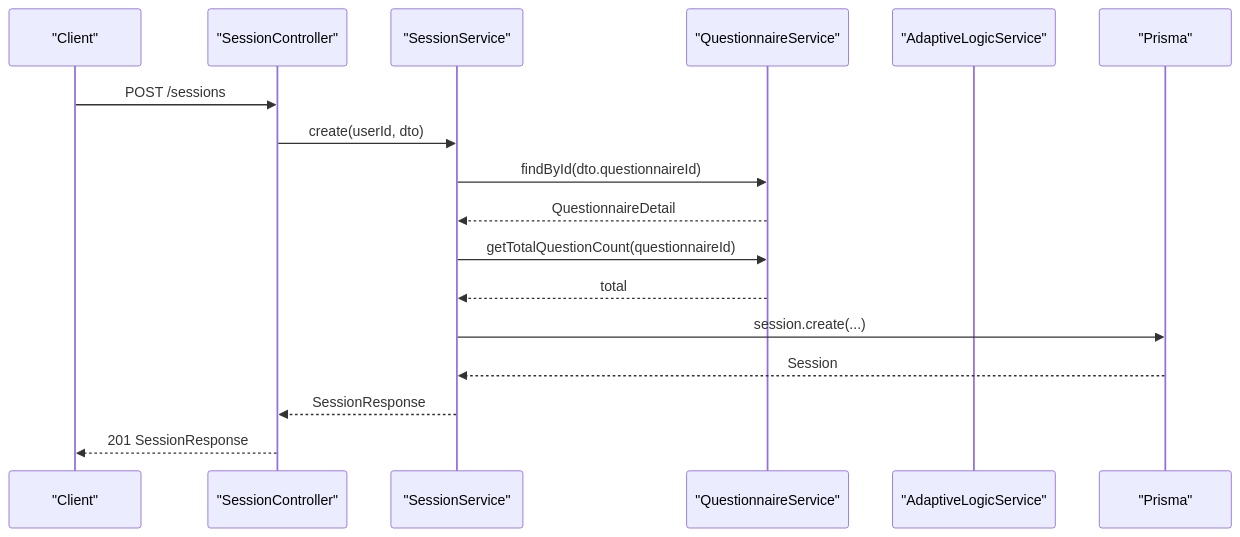
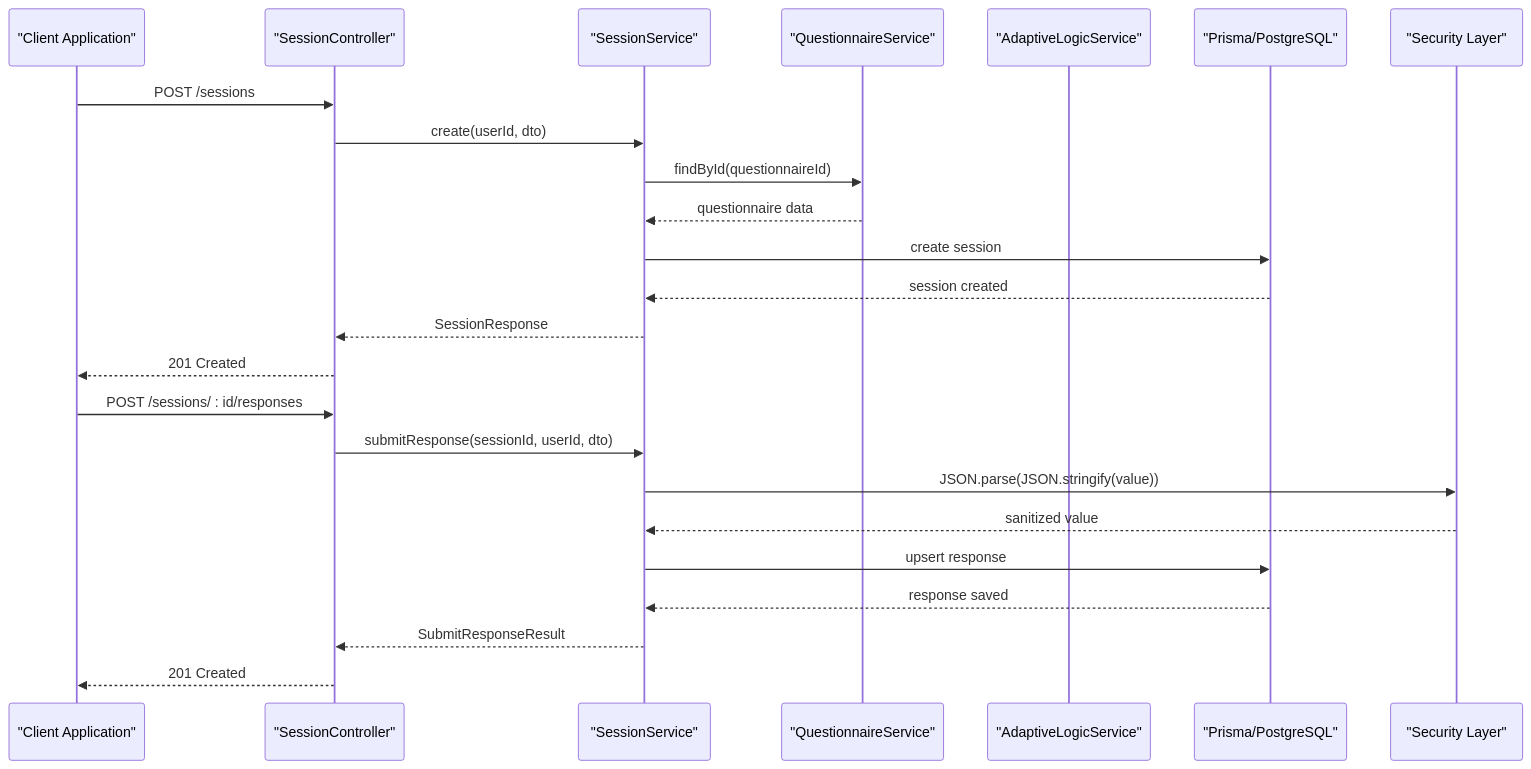
One commit to Avi-Bendetsky/Quiz-to-build changed the second of 3 diagrams in .qoder/repowiki/en/content/Core Modules/Session Module.md. Above: the diagram before and after it, drawn with Mermaid. The commit also changed other lines of this file and 41 other files, not shown here.

````diff
--- a/.qoder/repowiki/en/content/Core Modules/Session Module.md
+++ b/.qoder/repowiki/en/content/Core Modules/Session Module.md
@@ -102,19 +110,26 @@
 ```mermaid
 sequenceDiagram
-participant Client as "Client"
+participant Client as "Client Application"
 participant Controller as "SessionController"
 participant Service as "SessionService"
-participant Q as "QuestionnaireService"
-participant A as "AdaptiveLogicService"
-participant DB as "Prisma"
+participant Questionnaire as "QuestionnaireService"
+participant Adaptive as "AdaptiveLogicService"
+participant Database as "Prisma/PostgreSQL"
+participant Security as "Security Layer"
 Client->>Controller : POST /sessions
 Controller->>Service : create(userId, dto)
-Service->>Q : findById(dto.questionnaireId)
-Q-->>Service : QuestionnaireDetail
-Service->>Q : getTotalQuestionCount(questionnaireId)
-Q-->>Service : total
-Service->>DB : session.create(...)
-DB-->>Service : Session
+Service->>Questionnaire : findById(questionnaireId)
+Questionnaire-->>Service : questionnaire data
+Service->>Database : create session
+Database-->>Service : session created
 Service-->>Controller : SessionResponse
-Controller-->>Client : 201 SessionResponse
+Controller-->>Client : 201 Created
+Client->>Controller : POST /sessions/ : id/responses
+Controller->>Service : submitResponse(sessionId, userId, dto)
+Service->>Security : JSON.parse(JSON.stringify(value))
+Security-->>Service : sanitized value
+Service->>Database : upsert response
+Database-->>Service : response saved
+Service-->>Controller : SubmitResponseResult
+Controller-->>Client : 201 Created
 ```
````
